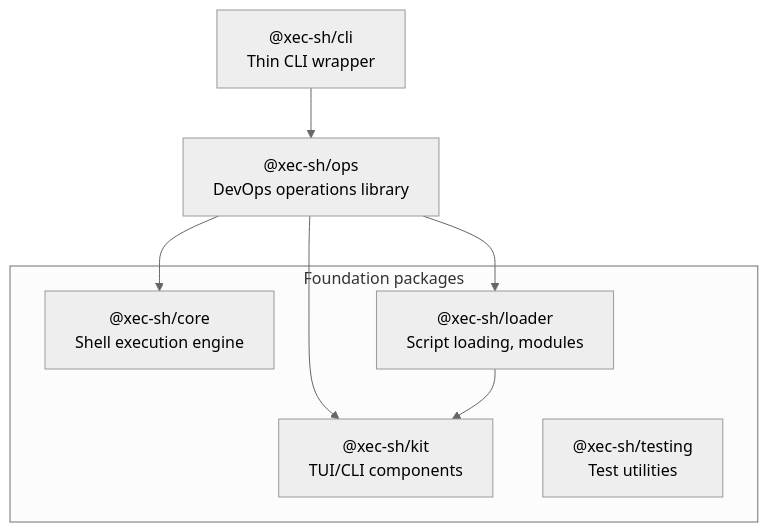
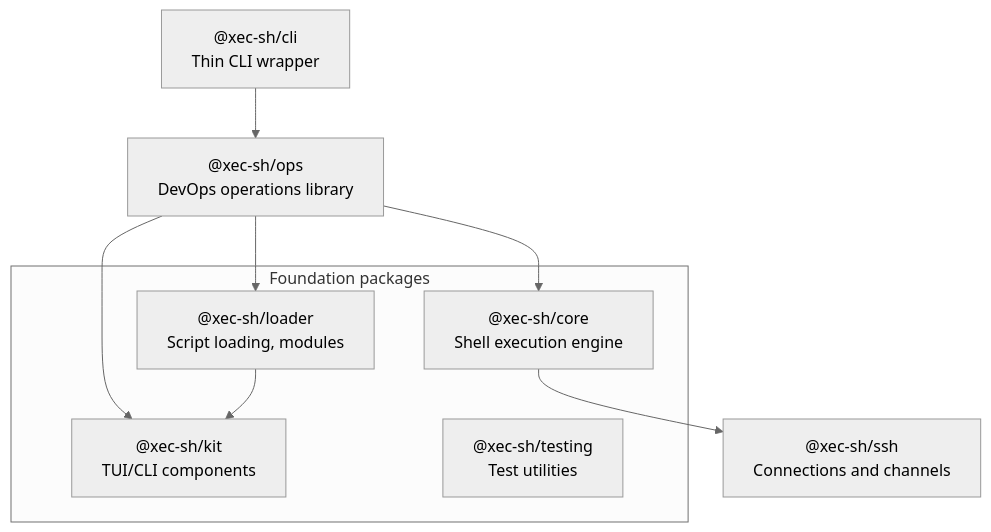
The diagram in website/docs/introduction/ecosystem.md (xec-sh/xec), drawn with Mermaid (neutral theme) before and after one commit. The commit also changed other lines of this file and 28 other files, not shown here.

````diff
--- a/website/docs/introduction/ecosystem.md
+++ b/website/docs/introduction/ecosystem.md
@@ -16,14 +19,15 @@
 ```mermaid
 flowchart TD
     subgraph FOUNDATION["Foundation packages"]
         CORE["@xec-sh/core<br/>Shell execution engine"]
         LOADER["@xec-sh/loader<br/>Script loading, modules"]
         KIT["@xec-sh/kit<br/>TUI/CLI components"]
         TESTING["@xec-sh/testing<br/>Test utilities"]
     end
     CLI["@xec-sh/cli<br/>Thin CLI wrapper"] --> OPS["@xec-sh/ops<br/>DevOps operations library"]
+    CORE --> SSH["@xec-sh/ssh<br/>Connections and channels"]
     OPS --> CORE
     OPS --> LOADER
     OPS --> KIT
     LOADER --> KIT
 ```
````
